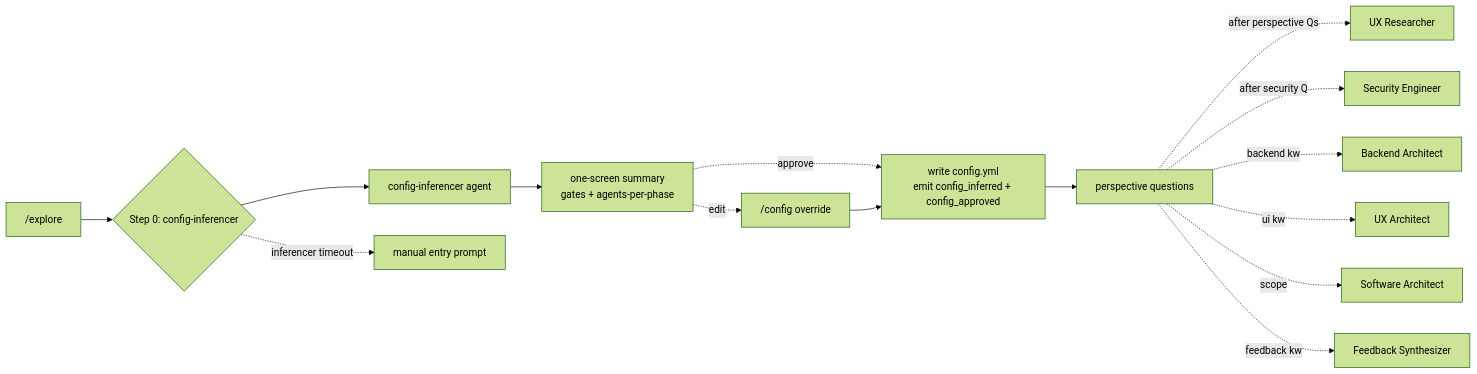
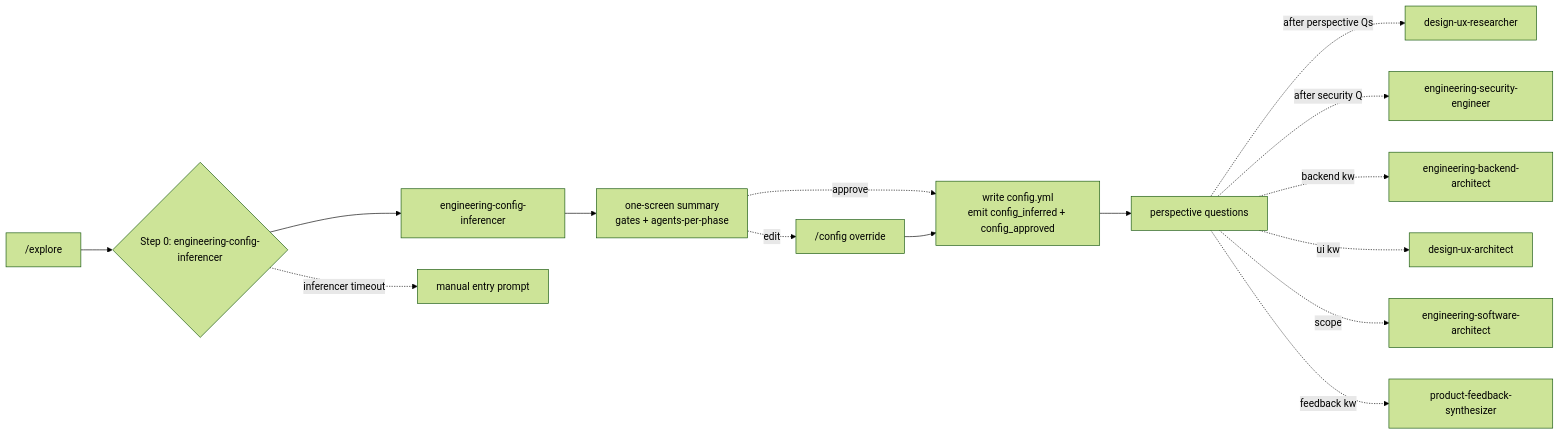
The sixth of 15 diagrams in docs/workflow-diagram.md (AlarQ/SDD-hub), drawn with Mermaid (forest theme) before and after one commit. The commit also changed other lines of this file and 4 other files, not shown here.

````diff
--- a/docs/workflow-diagram.md
+++ b/docs/workflow-diagram.md
@@ -279,17 +267,17 @@
 ```mermaid
 graph LR
-    EX["/explore"] --> S0{Step 0: config-inferencer}
-    S0 --> CI[config-inferencer agent]
+    EX["/explore"] --> S0{Step 0: engineering-config-inferencer}
+    S0 --> CI[engineering-config-inferencer]
     CI --> SUMMARY[one-screen summary\ngates + agents-per-phase]
     SUMMARY -.->|approve| WRITE[write config.yml\nemit config_inferred + config_approved]
     SUMMARY -.->|edit| CFG["/config override"]
     CFG --> WRITE
     WRITE --> PERSP[perspective questions]
-    PERSP -.->|after perspective Qs| UXR[UX Researcher]
-    PERSP -.->|after security Q| SE[Security Engineer]
-    PERSP -.->|backend kw| BA[Backend Architect]
-    PERSP -.->|ui kw| UXA[UX Architect]
-    PERSP -.->|scope| SA[Software Architect]
-    PERSP -.->|feedback kw| FS[Feedback Synthesizer]
+    PERSP -.->|after perspective Qs| UXR[design-ux-researcher]
+    PERSP -.->|after security Q| SE[engineering-security-engineer]
+    PERSP -.->|backend kw| BA[engineering-backend-architect]
+    PERSP -.->|ui kw| UXA[design-ux-architect]
+    PERSP -.->|scope| SA[engineering-software-architect]
+    PERSP -.->|feedback kw| FS[product-feedback-synthesizer]
     S0 -.->|inferencer timeout| MANUAL[manual entry prompt]
 ```
````
